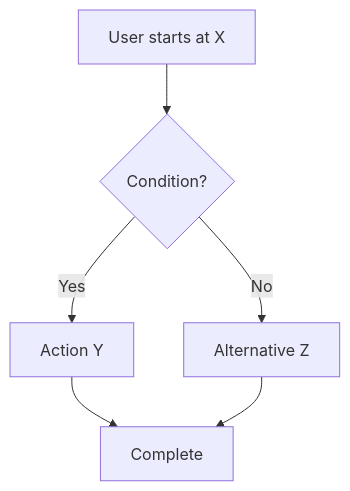
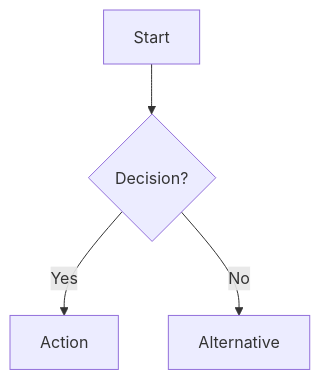
Before and after one commit to PriviteraStefano/hourglass: the diagram in hourglass-vault/01-Features/_TEMPLATE.md, drawn with Mermaid. The commit also changed other lines of this file and 10 other files, not shown here.

````diff
--- a/hourglass-vault/01-Features/_TEMPLATE.md
+++ b/hourglass-vault/01-Features/_TEMPLATE.md
@@ -14,8 +34,6 @@
 ```mermaid
 flowchart TD
-    A[User starts at X] --> B{Condition?}
-    B -->|Yes| C[Action Y]
-    B -->|No| D[Alternative Z]
-    C --> E[Complete]
-    D --> E
+    A[Start] --> B{Decision?}
+    B -->|Yes| C[Action]
+    B -->|No| D[Alternative]
 ```
````
